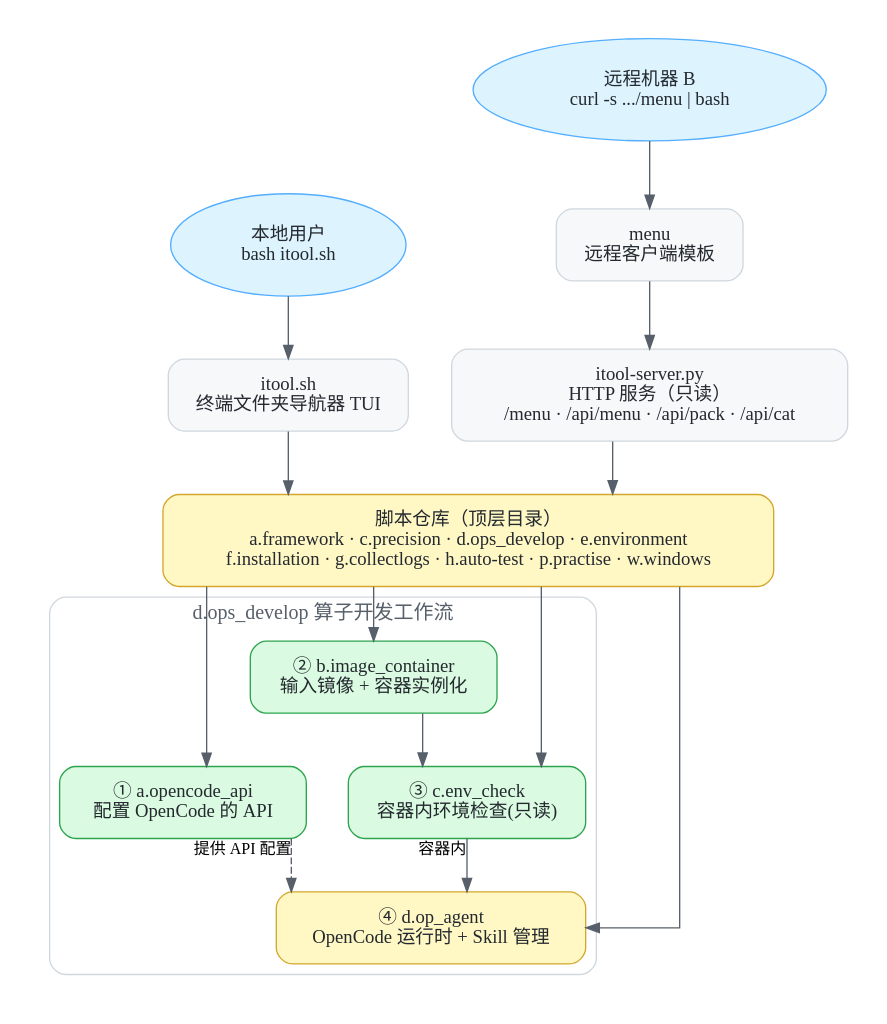
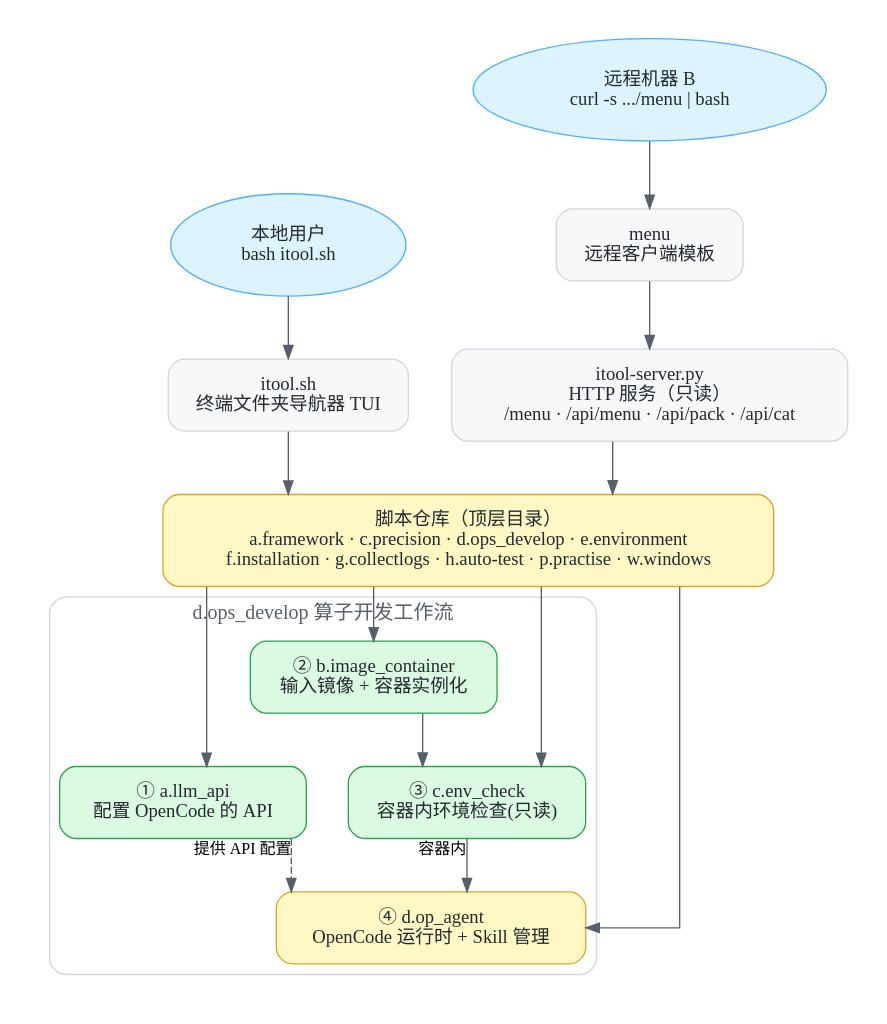
Before and after one commit to qqiushizi/itool: the diagram in docs/itool-flow.dot, drawn with Graphviz. The commit also changed 6 other files, not shown here.

Commit message:
重命名 a.opencode_api 为 a.llm_api，统一文档与流程图

```diff
--- a/docs/itool-flow.dot
+++ b/docs/itool-flow.dot
@@ -1,68 +1,68 @@
 // itool 项目流程图 (Graphviz DOT)
 // 算子开发 ①→④ 流程图, 用于生成 docs/itool-flow.png
 // 重新生成:  dot -Tpng -Gdpi=120 docs/itool-flow.dot -o docs/itool-flow.png
 digraph itool {
   graph [
     rankdir=TB
     splines=ortho
     bgcolor="#ffffff"
     fontname="PingFang SC"
     fontsize=16
     nodesep=0.45
     ranksep=0.55
     pad=0.3
   ];
   node [
     shape=box
     style="rounded,filled"
     fontname="PingFang SC"
     fontsize=14
     fontcolor="#24292f"
     color="#d0d7de"
     fillcolor="#f6f8fa"
     margin="0.28,0.16"
   ];
   edge [
     color="#57606a"
     fontname="PingFang SC"
     fontsize=12
   ];
 
   // ===== 两个入口 =====
   L [label="本地用户\nbash itool.sh", shape=ellipse, fillcolor="#ddf4ff", color="#54aeff"];
   T [label="itool.sh\n终端文件夹导航器 TUI"];
   R [label="远程机器 B\ncurl -s .../menu | bash", shape=ellipse, fillcolor="#ddf4ff", color="#54aeff"];
   C [label="menu\n远程客户端模板"];
   S [label="itool-server.py\nHTTP 服务（只读）\n/menu · /api/menu · /api/pack · /api/cat"];
 
   // ===== 仓库主体 =====
   REPO [label="脚本仓库（顶层目录）\na.framework · c.precision · d.ops_develop · e.environment\nf.installation · g.collectlogs · h.auto-test · p.practise · w.windows", fillcolor="#fff8c5", color="#d4a72c"];
 
   // ===== 算子开发工作流 =====
   subgraph cluster_ops {
     label="d.ops_develop 算子开发工作流";
     style="rounded,filled";
     color="#d0d7de";
     fillcolor="#ffffff";
     fontcolor="#57606a";
     fontsize=15;
 
-    S0 [label="① a.opencode_api\n配置 OpenCode 的 API", fillcolor="#dafbe1", color="#2da44e"];
+    S0 [label="① a.llm_api\n配置 OpenCode 的 API", fillcolor="#dafbe1", color="#2da44e"];
     S1 [label="② b.image_container\n输入镜像 + 容器实例化", fillcolor="#dafbe1", color="#2da44e"];
     S2 [label="③ c.env_check\n容器内环境检查(只读)", fillcolor="#dafbe1", color="#2da44e"];
     S3 [label="④ d.op_agent\nOpenCode 运行时 + Skill 管理", fillcolor="#fff8c5", color="#d4a72c"];
   }
 
   // ===== 连线 =====
   L -> T;
   R -> C -> S;
   T -> REPO;
   S -> REPO;
   REPO -> S0;
   REPO -> S1;
   REPO -> S2;
   REPO -> S3;
   S1 -> S2;
   S2 -> S3 [xlabel="容器内"];
   S0 -> S3 [style=dashed, xlabel="提供 API 配置"];
 }
```
